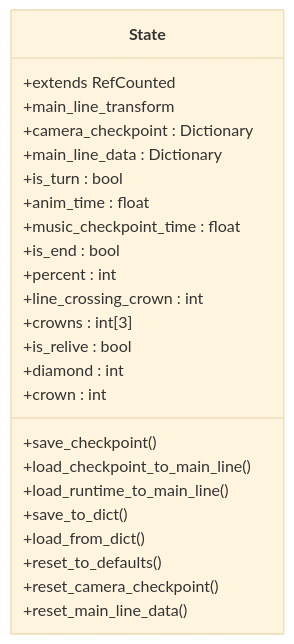
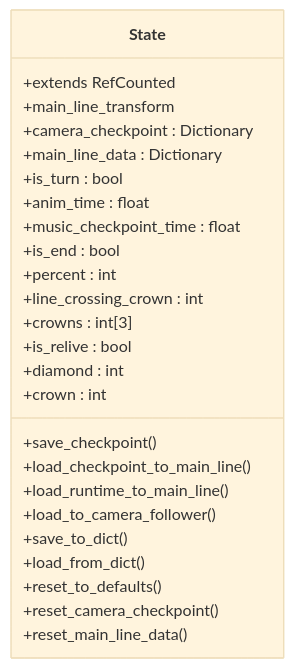
The third of 12 diagrams in .qoder/repowiki/zh/content/核心架构设计/设计模式应用/状态管理模式.md (godotline/godot-line), drawn with Mermaid (base theme) before and after one commit. The commit also changed other lines of this file and 39 other files, not shown here.

````diff
--- a/.qoder/repowiki/zh/content/核心架构设计/设计模式应用/状态管理模式.md
+++ b/.qoder/repowiki/zh/content/核心架构设计/设计模式应用/状态管理模式.md
@@ -159,27 +161,28 @@
 ```mermaid
 classDiagram
 class State {
 +extends RefCounted
 +main_line_transform
 +camera_checkpoint : Dictionary
 +main_line_data : Dictionary
 +is_turn : bool
 +anim_time : float
 +music_checkpoint_time : float
 +is_end : bool
 +percent : int
 +line_crossing_crown : int
 +crowns : int[3]
 +is_relive : bool
 +diamond : int
 +crown : int
 +save_checkpoint()
 +load_checkpoint_to_main_line()
 +load_runtime_to_main_line()
++load_to_camera_follower()
 +save_to_dict()
 +load_from_dict()
 +reset_to_defaults()
 +reset_camera_checkpoint()
 +reset_main_line_data()
 }
 ```
````
